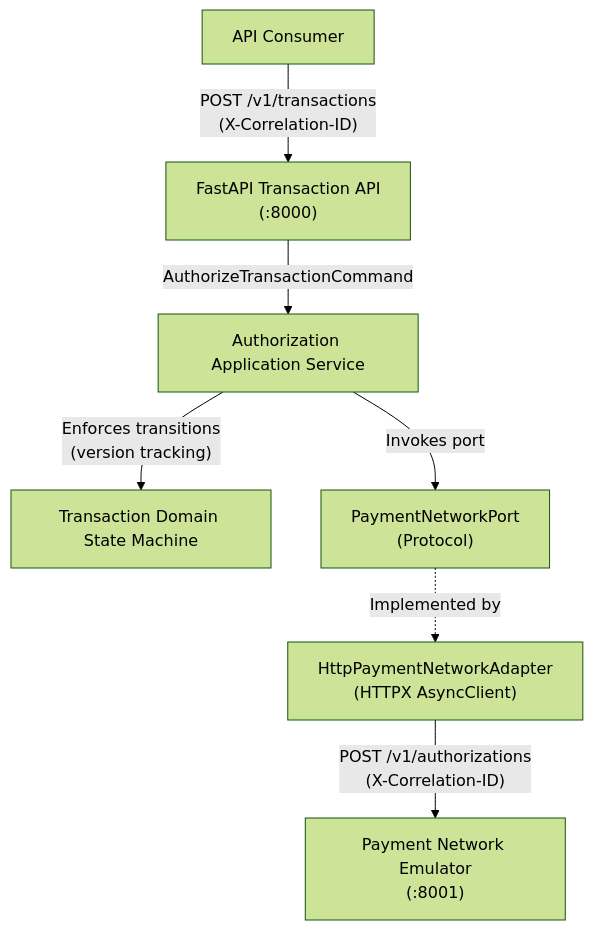
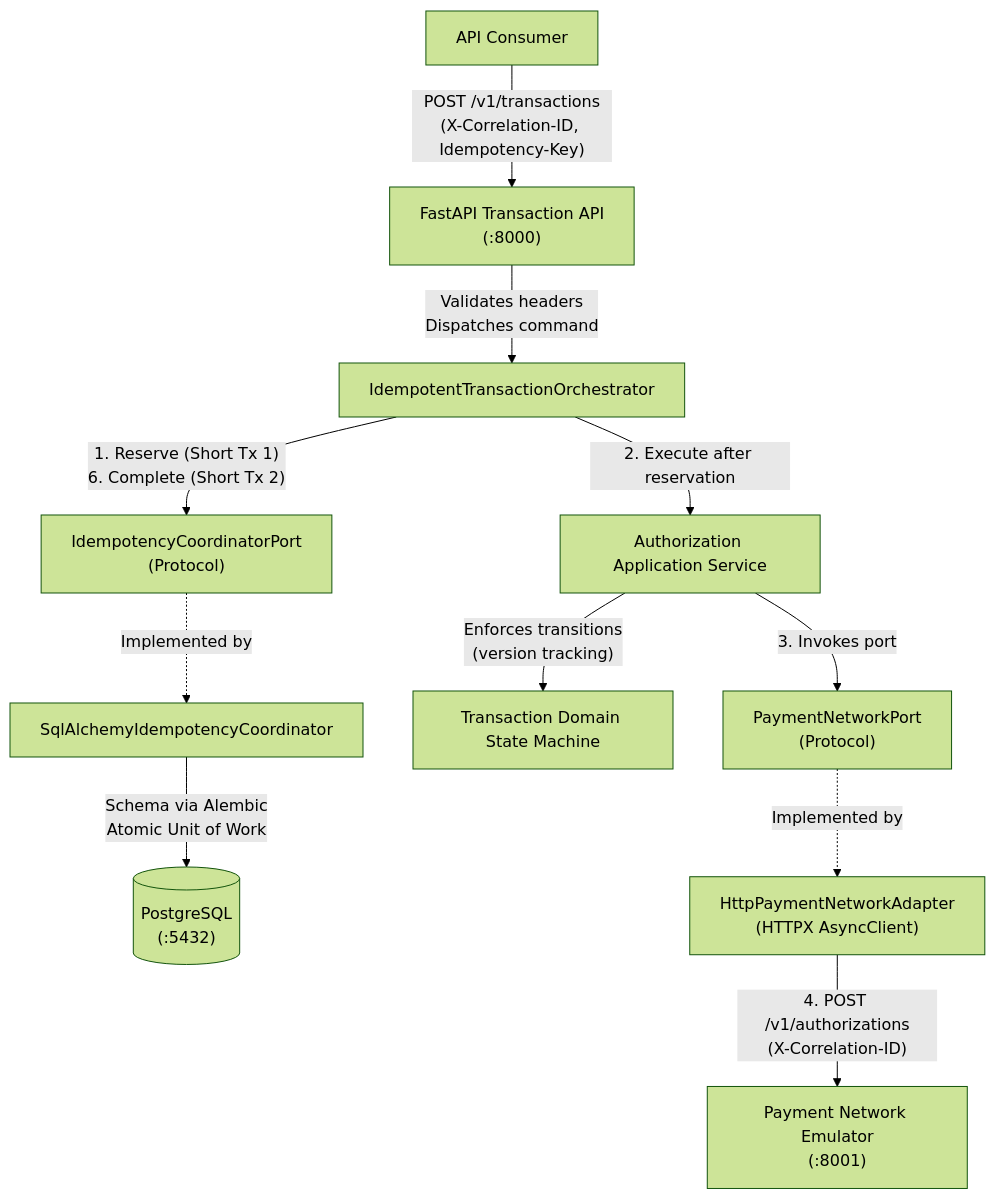
The first of 2 diagrams in README.md (shammeesala/transaction-reliability-platform), drawn with Mermaid (forest theme) before and after one commit. The commit also changed other lines of this file and 1 other file, not shown here.

Commit message:
docs: finalize project setup and architecture

````diff
--- a/README.md
+++ b/README.md
@@ -13,9 +13,13 @@
 ```mermaid
 flowchart TD
-    Consumer["API Consumer"] -->|"POST /v1/transactions\n(X-Correlation-ID)"| API["FastAPI Transaction API\n(:8000)"]
-    API -->|"AuthorizeTransactionCommand"| Service["Authorization Application Service"]
+    Consumer["API Consumer"] -->|"POST /v1/transactions\n(X-Correlation-ID, Idempotency-Key)"| API["FastAPI Transaction API\n(:8000)"]
+    API -->|"Validates headers\nDispatches command"| Orch["IdempotentTransactionOrchestrator"]
+    Orch -->|"1. Reserve (Short Tx 1)\n6. Complete (Short Tx 2)"| CoordPort["IdempotencyCoordinatorPort\n(Protocol)"]
+    CoordPort -.->|"Implemented by"| Coord["SqlAlchemyIdempotencyCoordinator"]
+    Coord -->|"Schema via Alembic\nAtomic Unit of Work"| DB[("PostgreSQL\n(:5432)")]
+    Orch -->|"2. Execute after reservation"| Service["Authorization Application Service"]
     Service -->|"Enforces transitions\n(version tracking)"| Domain["Transaction Domain State Machine"]
-    Service -->|"Invokes port"| Port["PaymentNetworkPort\n(Protocol)"]
+    Service -->|"3. Invokes port"| Port["PaymentNetworkPort\n(Protocol)"]
     Port -.->|"Implemented by"| Adapter["HttpPaymentNetworkAdapter\n(HTTPX AsyncClient)"]
-    Adapter -->|"POST /v1/authorizations\n(X-Correlation-ID)"| Emulator["Payment Network Emulator\n(:8001)"]
+    Adapter -->|"4. POST /v1/authorizations\n(X-Correlation-ID)"| Emulator["Payment Network Emulator\n(:8001)"]
 ```
````
